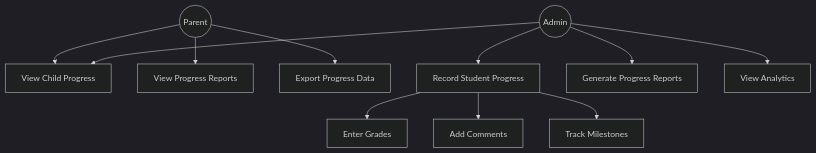
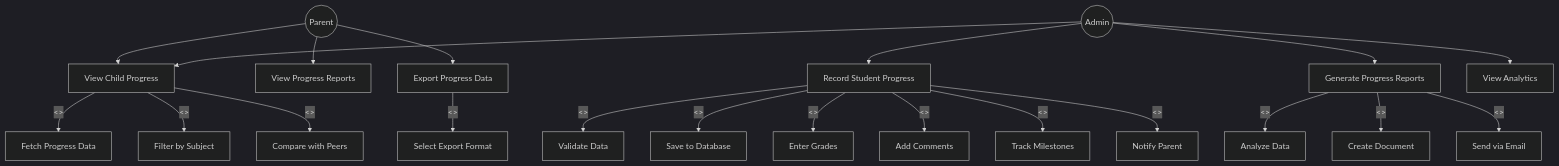
Before and after one commit to TongYwen/childfyp5: the third of 18 diagrams in diagrams.md, drawn with Mermaid (dark theme). The commit also changed other lines of this file, not shown here.

First line of the commit message:
Add UML <<include>> and <<extend>> relationships to all Use Case Diagrams

````diff
--- a/diagrams.md
+++ b/diagrams.md
@@ -46,18 +61,31 @@
 ```mermaid
 graph TD
     Parent((Parent))
     Admin((Admin))
 
     Parent --> ViewProgress[View Child Progress]
     Parent --> ViewReports[View Progress Reports]
     Parent --> ExportData[Export Progress Data]
 
     Admin --> RecordProgress[Record Student Progress]
     Admin --> ViewProgress
     Admin --> GenerateReports[Generate Progress Reports]
     Admin --> ViewAnalytics[View Analytics]
 
-    RecordProgress --> EnterGrades[Enter Grades]
-    RecordProgress --> AddComments[Add Comments]
-    RecordProgress --> TrackMilestones[Track Milestones]
+    RecordProgress -->|<<include>>| ValidateData[Validate Data]
+    RecordProgress -->|<<include>>| SaveToDatabase[Save to Database]
+    RecordProgress -->|<<extend>>| EnterGrades[Enter Grades]
+    RecordProgress -->|<<extend>>| AddComments[Add Comments]
+    RecordProgress -->|<<extend>>| TrackMilestones[Track Milestones]
+    RecordProgress -->|<<extend>>| NotifyParent[Notify Parent]
+
+    ViewProgress -->|<<include>>| FetchData[Fetch Progress Data]
+    ViewProgress -->|<<extend>>| FilterBySubject[Filter by Subject]
+    ViewProgress -->|<<extend>>| CompareWithPeers[Compare with Peers]
+
+    GenerateReports -->|<<include>>| AnalyzeData[Analyze Data]
+    GenerateReports -->|<<include>>| CreateDocument[Create Document]
+    GenerateReports -->|<<extend>>| SendEmail[Send via Email]
+
+    ExportData -->|<<include>>| SelectFormat[Select Export Format]
 ```
````
